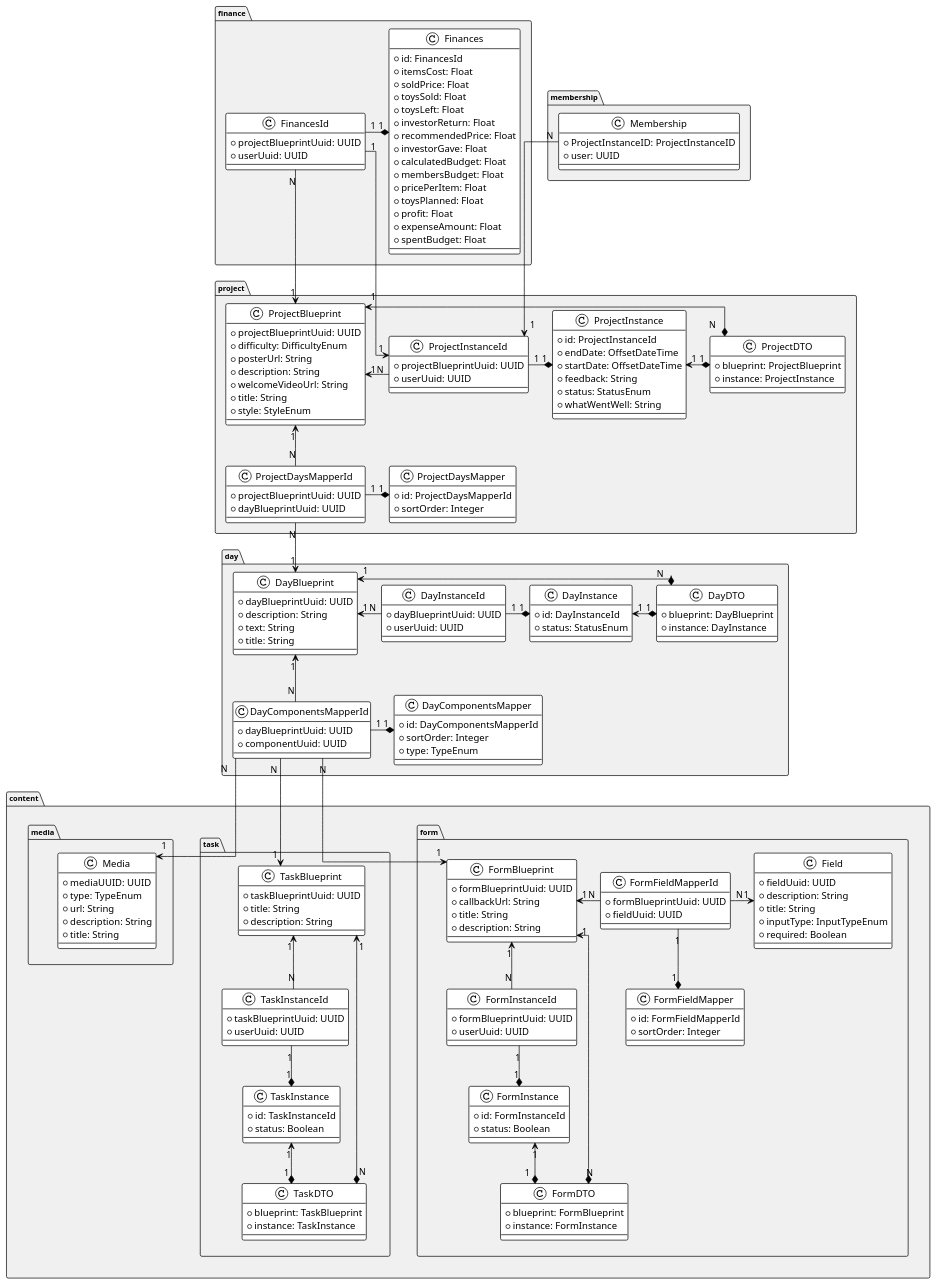
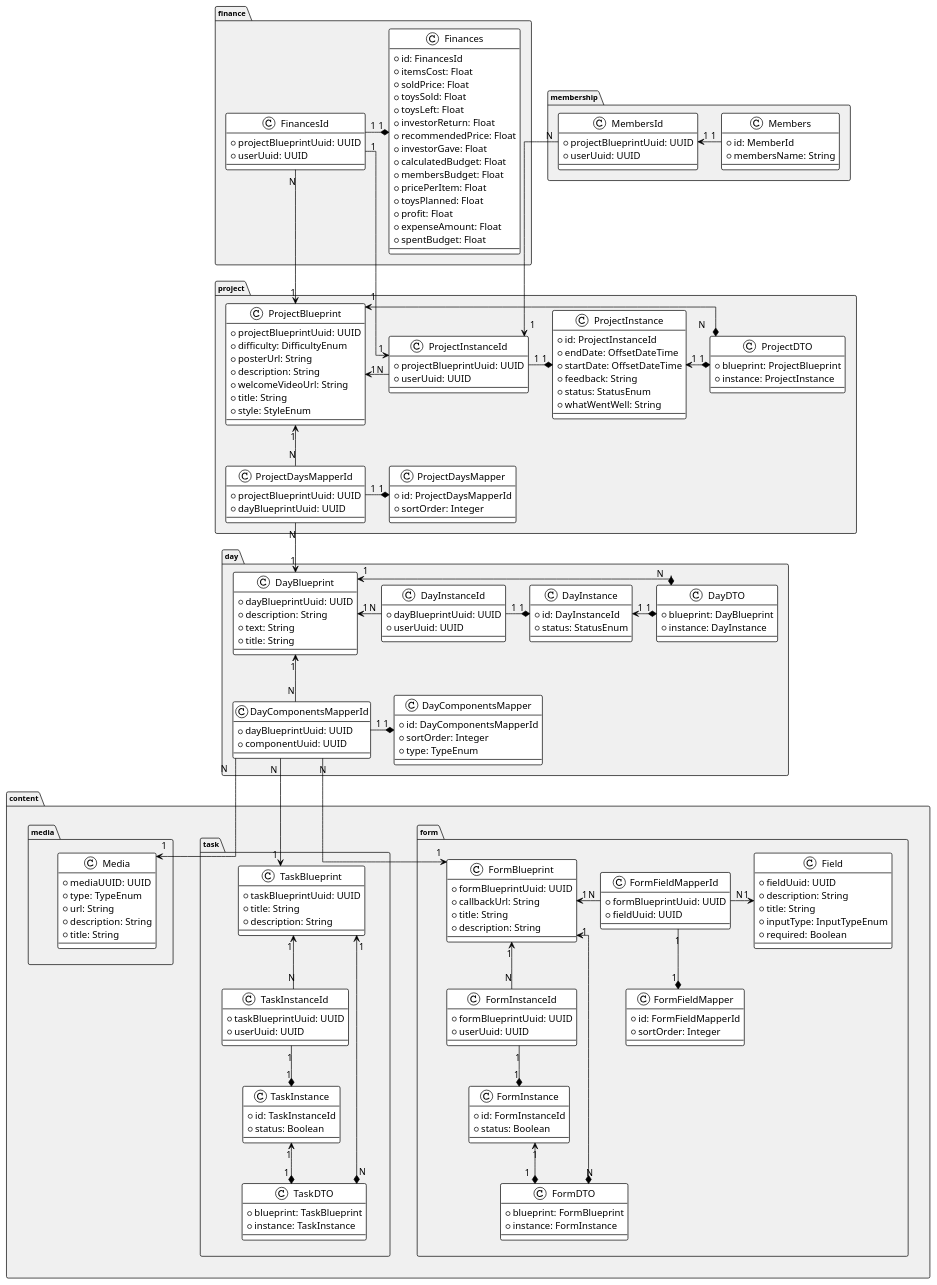
Before and after one commit to dmr4eg/la-infrastructure: the diagram in docs/analysis/classes-diagram/classes-diag.plantuml, drawn with PlantUML.

Commit message:
updated classes

```diff
--- a/docs/analysis/classes-diagram/classes-diag.plantuml
+++ b/docs/analysis/classes-diagram/classes-diag.plantuml
@@ -53,9 +53,14 @@
 }
 
 package "membership" {
-    class Membership {
-        * ProjectInstanceID: ProjectInstanceID
-        * user: UUID
+    class Members {
+        * id: MemberId
+        * membersName: String
+    }
+    
+    class MembersId {
+        * projectBlueprintUuid: UUID
+        * userUuid: UUID
     }
 }
 
@@ -197,7 +202,8 @@
 FinancesId       "N" -down-> "1" ProjectBlueprint
 Finances         "1" *-left- "1" FinancesId
 
-Membership        "N" -down-> "1" ProjectInstanceId
+MembersId        "N" -down-> "1" ProjectInstanceId
+Members        "1" -left-> "1" MembersId
 
 ProjectInstanceId "N" -left-> "1" ProjectBlueprint
 ProjectInstance  "1" *-left- "1" ProjectInstanceId
@@ -236,4 +242,5 @@
 
 media -right[hidden]-> task
 task -right[hidden]-> form
+
 @enduml
```
